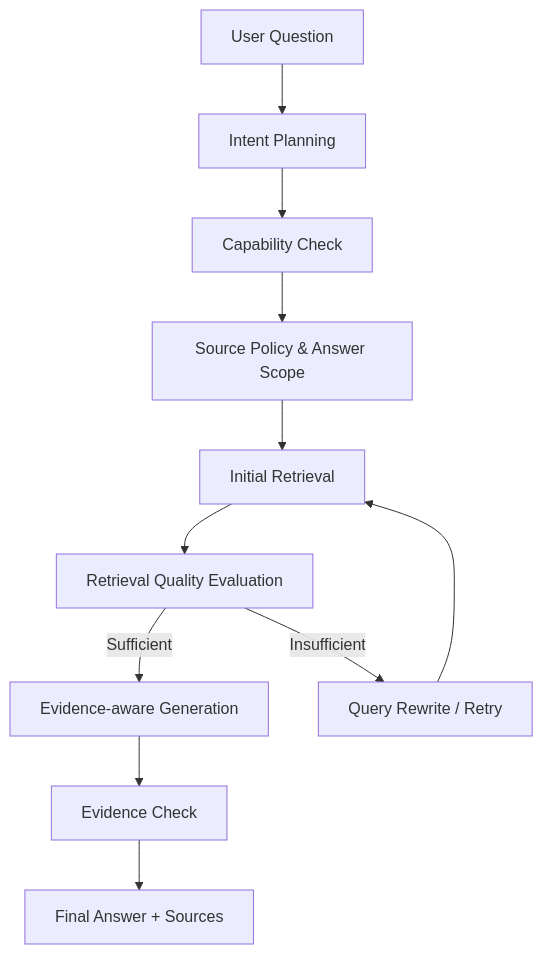
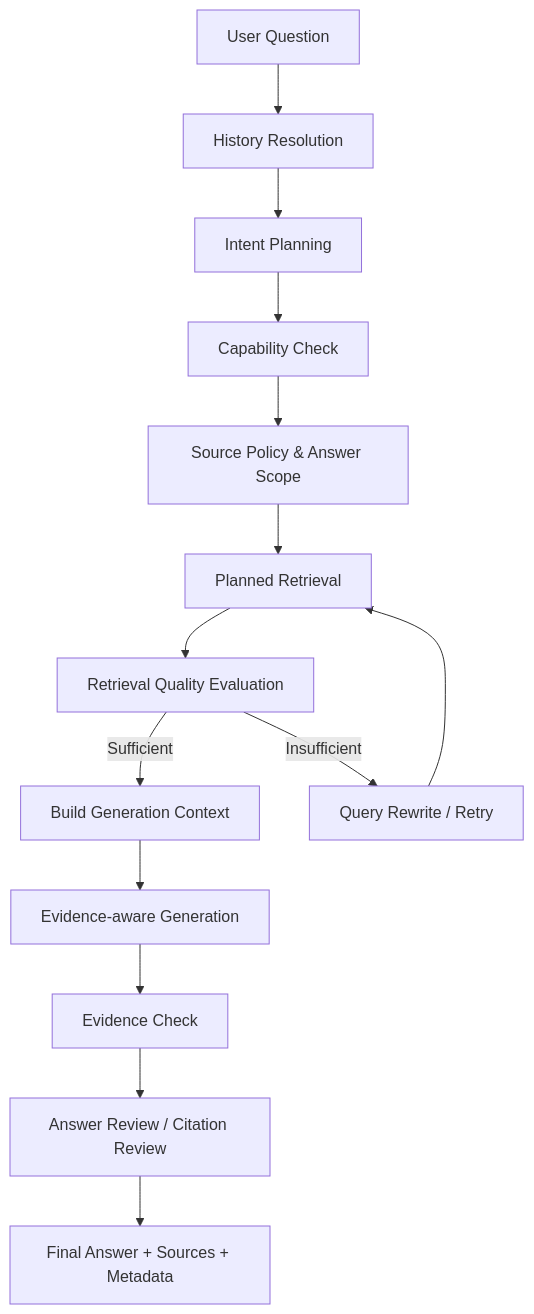
Before and after one commit to zebir-sir/agentic-rag-paper-assistant: the third of 3 diagrams in README.md, drawn with Mermaid. The commit also changed other lines of this file and 71 other files, not shown here.

````diff
--- a/README.md
+++ b/README.md
@@ -173,13 +232,16 @@
 ```mermaid
 flowchart TD
-    Q[User Question] --> P[Intent Planning]
+    Q[User Question] --> H[History Resolution]
+    H --> P[Intent Planning]
     P --> C[Capability Check]
     C --> S[Source Policy & Answer Scope]
-    S --> R[Initial Retrieval]
+    S --> R[Planned Retrieval]
     R --> G[Retrieval Quality Evaluation]
-    G -->|Sufficient| A[Evidence-aware Generation]
+    G -->|Sufficient| B[Build Generation Context]
     G -->|Insufficient| W[Query Rewrite / Retry]
     W --> R
+    B --> A[Evidence-aware Generation]
     A --> E[Evidence Check]
-    E --> F[Final Answer + Sources]
+    E --> V[Answer Review / Citation Review]
+    V --> F[Final Answer + Sources + Metadata]
 ```
````
